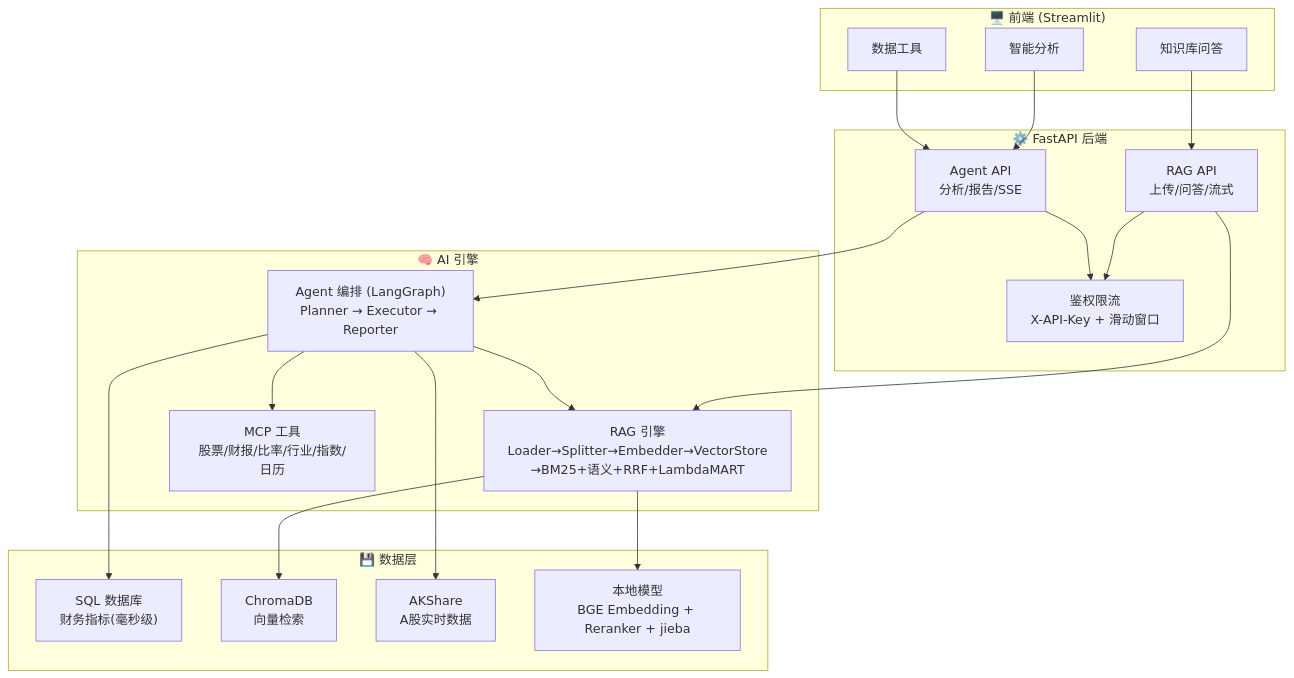
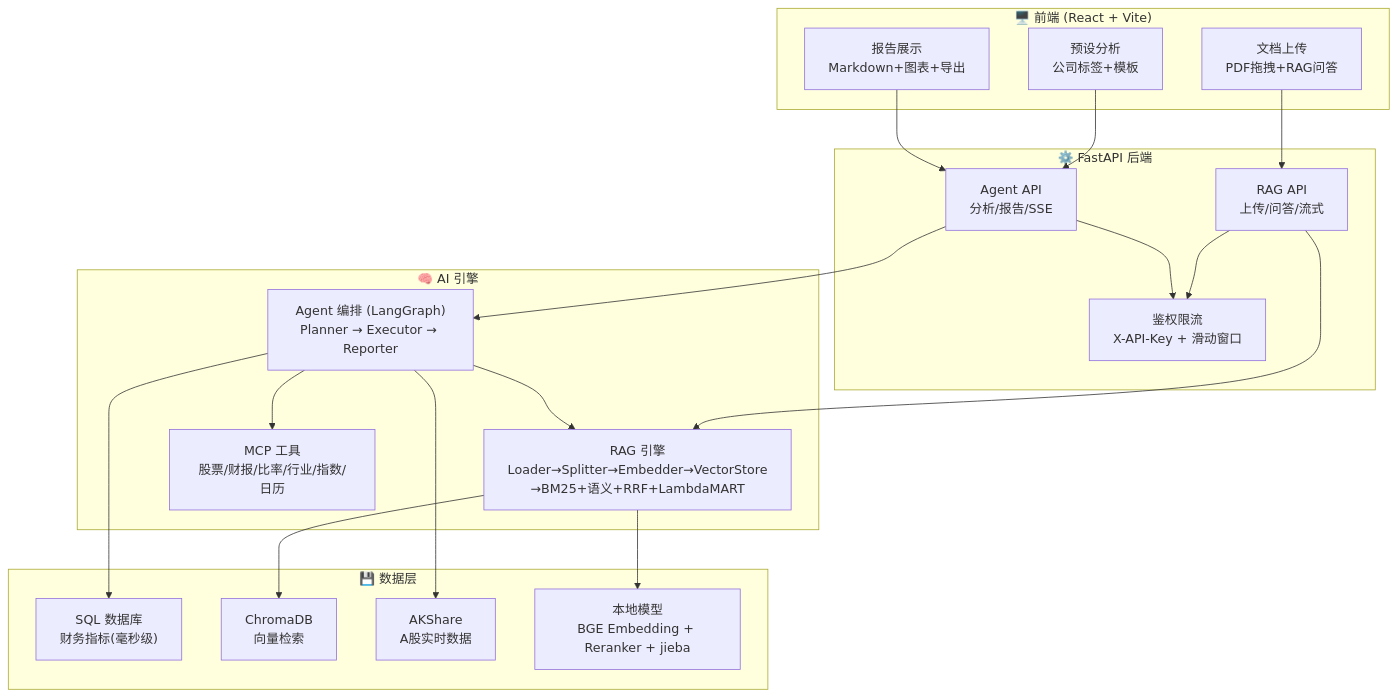
Before and after one commit to banma05/financial-ai-platform: the first of 3 diagrams in docs/架构图.md, drawn with Mermaid. The commit also changed other lines of this file and 7 other files, not shown here.

Commit message:
阶段B收尾: README+架构图+CLAUDE.md更新到React + 删除旧Streamlit前端 + Docker适配 + PROGRESS精简

````diff
--- a/docs/架构图.md
+++ b/docs/架构图.md
@@ -10,41 +10,41 @@
 ```mermaid
 graph TB
-    subgraph 前端["🖥️ 前端 (Streamlit)"]
-        UI_RAG["知识库问答"]
-        UI_AGENT["智能分析"]
-        UI_MCP["数据工具"]
+    subgraph 前端["🖥️ 前端 (React + Vite)"]
+        UI_PRESET["预设分析<br/>公司标签+模板"]
+        UI_UPLOAD["文档上传<br/>PDF拖拽+RAG问答"]
+        UI_REPORT["报告展示<br/>Markdown+图表+导出"]
     end
 
     subgraph 后端["⚙️ FastAPI 后端"]
         API_RAG["RAG API<br/>上传/问答/流式"]
         API_AGENT["Agent API<br/>分析/报告/SSE"]
         AUTH["鉴权限流<br/>X-API-Key + 滑动窗口"]
     end
 
     subgraph AI["🧠 AI 引擎"]
         AGENT_ENGINE["Agent 编排 (LangGraph)<br/>Planner → Executor → Reporter"]
         RAG_ENGINE["RAG 引擎<br/>Loader→Splitter→Embedder→VectorStore<br/>→BM25+语义+RRF+LambdaMART"]
         MCP_ENGINE["MCP 工具<br/>股票/财报/比率/行业/指数/日历"]
     end
 
     subgraph DATA["💾 数据层"]
         SQL["SQL 数据库<br/>财务指标(毫秒级)"]
         VECTOR["ChromaDB<br/>向量检索"]
         API_EXT["AKShare<br/>A股实时数据"]
         LOCAL["本地模型<br/>BGE Embedding + Reranker + jieba"]
     end
 
-    UI_RAG --> API_RAG
-    UI_AGENT --> API_AGENT
-    UI_MCP --> API_AGENT
+    UI_PRESET --> API_AGENT
+    UI_UPLOAD --> API_RAG
+    UI_REPORT --> API_AGENT
     API_RAG --> AUTH
     API_AGENT --> AUTH
     API_RAG --> RAG_ENGINE
     API_AGENT --> AGENT_ENGINE
     AGENT_ENGINE --> SQL
     AGENT_ENGINE --> RAG_ENGINE
     AGENT_ENGINE --> MCP_ENGINE
     AGENT_ENGINE --> API_EXT
     RAG_ENGINE --> VECTOR
     RAG_ENGINE --> LOCAL
 ```
````
